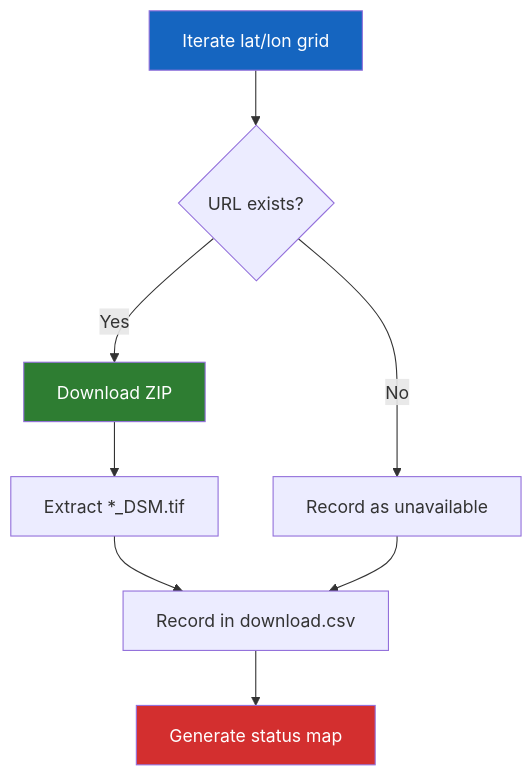
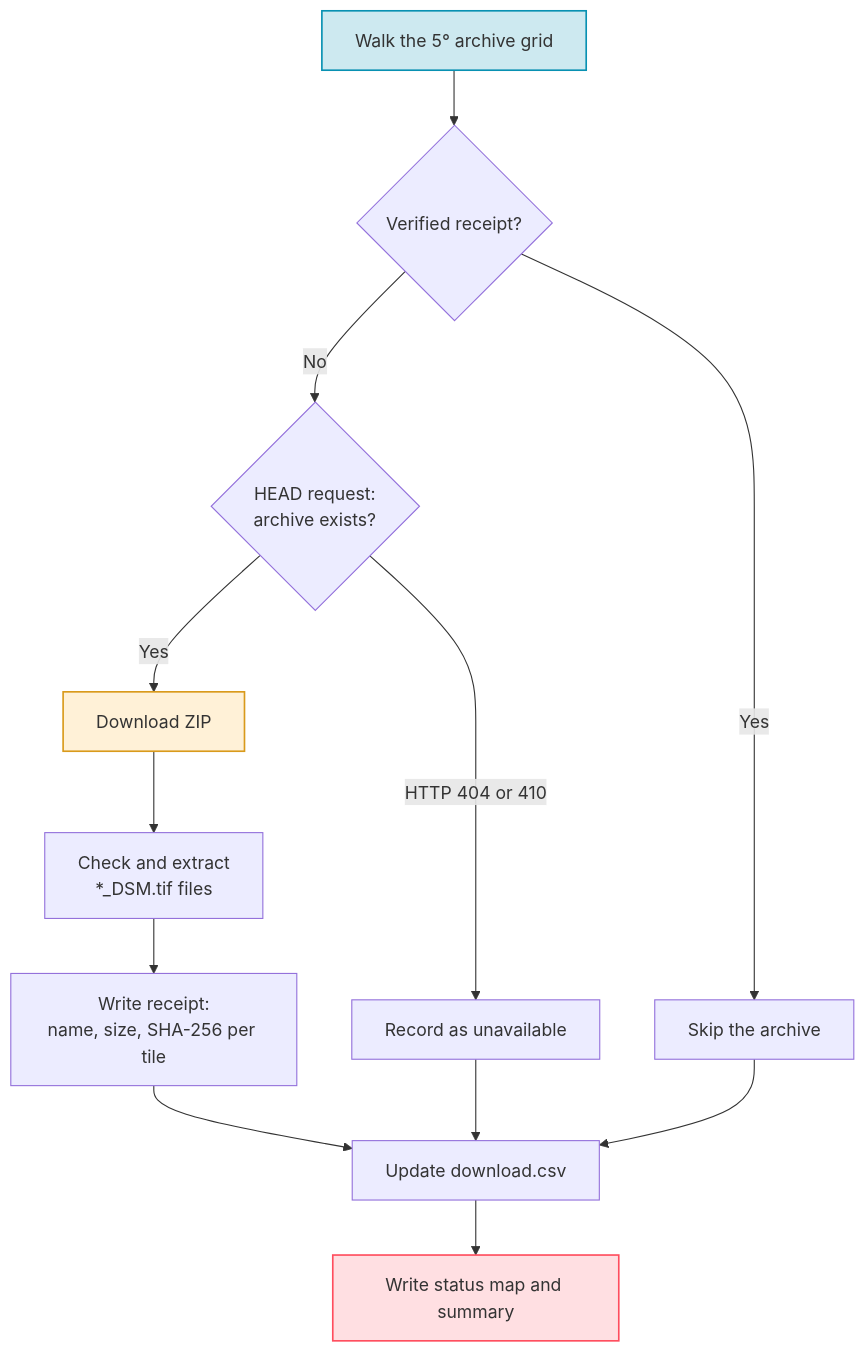
The diagram in docs/guide/download.md (ThalesGroup/passage), drawn with Mermaid before and after one commit. The commit also changed other lines of this file and 597 other files, not shown here.

````diff
--- a/docs/guide/download.md
+++ b/docs/guide/download.md
@@ -67,14 +84,18 @@
 ```mermaid
 flowchart TD
-    A[Iterate lat/lon grid] --> B{URL exists?}
-    B -->|Yes| C[Download ZIP]
-    B -->|No| D[Record as unavailable]
-    C --> E[Extract *_DSM.tif]
-    E --> F[Record in download.csv]
-    D --> F
-    F --> G[Generate status map]
+    A[Walk the 5° archive grid] --> B{Verified receipt?}
+    B -->|Yes| S[Skip the archive]
+    B -->|No| H{HEAD request:<br>archive exists?}
+    H -->|HTTP 404 or 410| U[Record as unavailable]
+    H -->|Yes| C[Download ZIP]
+    C --> E[Check and extract<br>*_DSM.tif files]
+    E --> R[Write receipt:<br>name, size, SHA-256 per tile]
+    R --> F[Update download.csv]
+    U --> F
+    S --> F
+    F --> G[Write status map and summary]
 
-    style A fill:#1565C0,color:#fff
-    style C fill:#2E7D32,color:#fff
-    style G fill:#D32F2F,color:#fff
+    style A fill:#0891b233,stroke:#0891b2,stroke-width:1.5px
+    style C fill:#ffb93833,stroke:#d99a1b,stroke-width:1.5px
+    style G fill:#ff4d5e2e,stroke:#ff4d5e,stroke-width:1.5px
 ```
````
